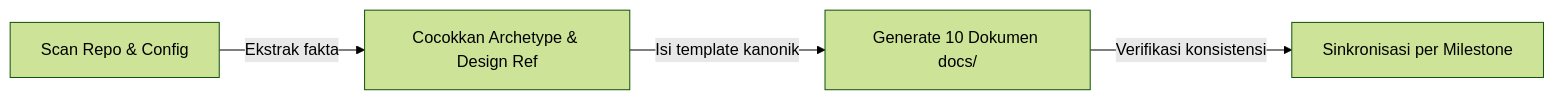
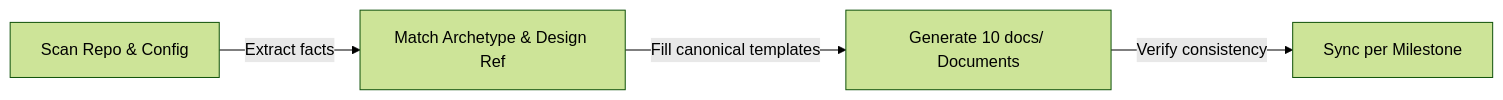
Before and after one commit to giriedu/maxilun: the diagram in skills/maxilun-scaffold/SKILL.md, drawn with Mermaid (forest theme). The commit also changed other lines of this file and 207 other files, not shown here.

````diff
--- a/skills/maxilun-scaffold/SKILL.md
+++ b/skills/maxilun-scaffold/SKILL.md
@@ -68,6 +69,6 @@
 ```mermaid
 flowchart LR
-    A["Scan Repo & Config"] -->|Ekstrak fakta| B["Cocokkan Archetype & Design Ref"]
-    B -->| Isi template kanonik| C["Generate 10 Dokumen docs/"]
-    C -->|Verifikasi konsistensi| D["Sinkronisasi per Milestone"]
+    A["Scan Repo & Config"] -->|Extract facts| B["Match Archetype & Design Ref"]
+    B -->| Fill canonical templates| C["Generate 10 docs/ Documents"]
+    C -->|Verify consistency| D["Sync per Milestone"]
 ```
````
